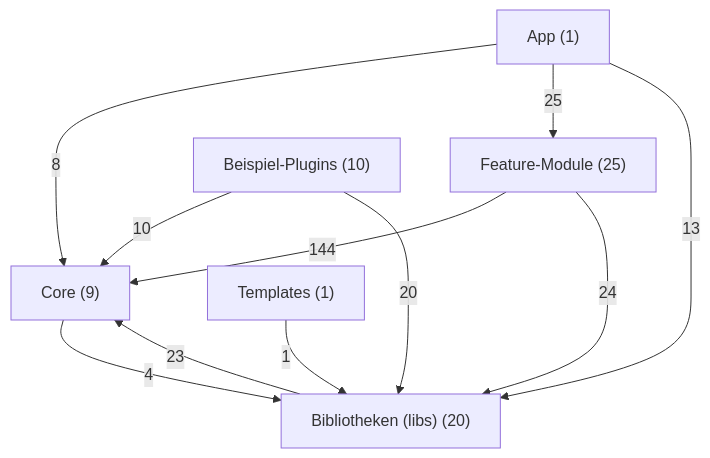
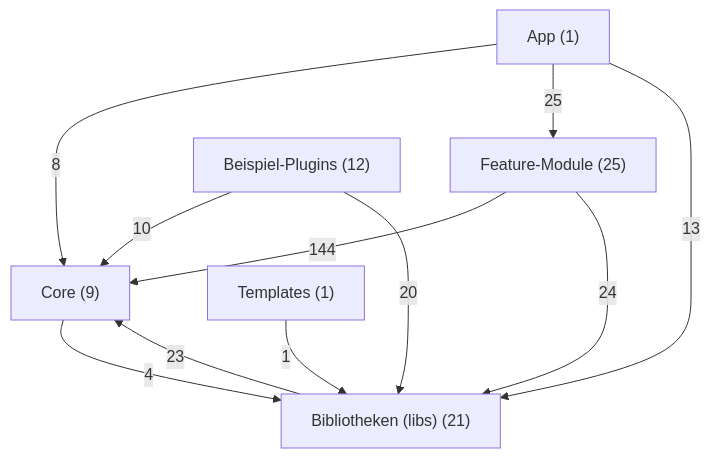
One commit to scto/CodeForgeMobile changed the first of 2 diagrams in docs/dev/module-graph.md. Above: the diagram before and after it, drawn with Mermaid. The commit also changed other lines of this file and 5 other files, not shown here.

````diff
--- a/docs/dev/module-graph.md
+++ b/docs/dev/module-graph.md
@@ -9,19 +9,19 @@
 ```mermaid
 flowchart TD
     app["App (1)"]
     feature["Feature-Module (25)"]
     core["Core (9)"]
-    libs["Bibliotheken (libs) (20)"]
-    examples["Beispiel-Plugins (10)"]
+    libs["Bibliotheken (libs) (21)"]
+    examples["Beispiel-Plugins (12)"]
     templates["Templates (1)"]
     app -->|8| core
     app -->|25| feature
     app -->|13| libs
     core -->|4| libs
     examples -->|10| core
     examples -->|20| libs
     feature -->|144| core
     feature -->|24| libs
     libs -->|23| core
     templates -->|1| libs
 ```
````
